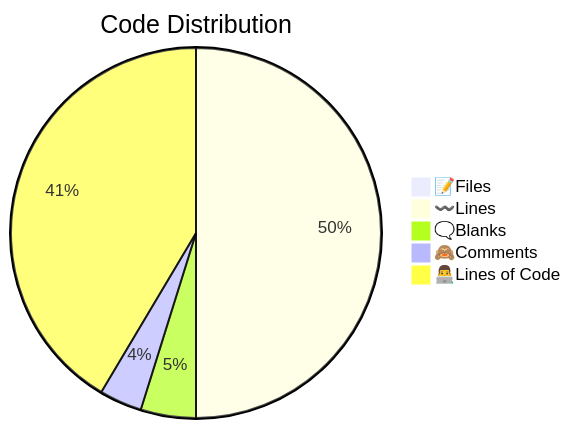
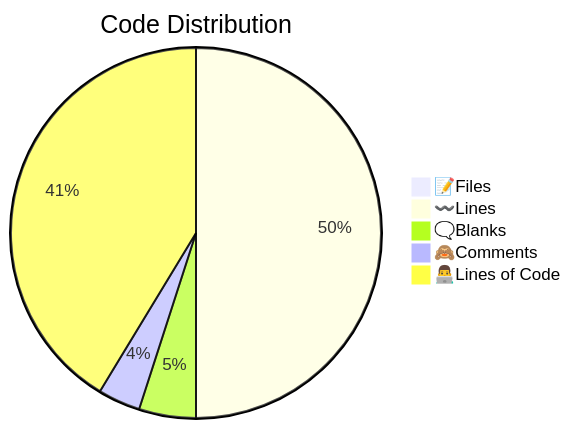
The second of 2 diagrams in .github/stats/Code Statistics.md (PyNetic/PyNetic), drawn with Mermaid before and after one commit. The commit also changed other lines of this file, not shown here.

````diff
--- a/.github/stats/Code Statistics.md
+++ b/.github/stats/Code Statistics.md
@@ -20,8 +19,8 @@
 ```mermaid
 pie title Code Distribution
     "📝Files" : 40
-    "〰️Lines" : 2603
-    "🗨️Blanks" : 251
+    "〰️Lines" : 2615
+    "🗨️Blanks" : 260
     "🙈Comments" : 194
-    "👨‍💻Lines of Code" : 2158
+    "👨‍💻Lines of Code" : 2161
 ```
````
